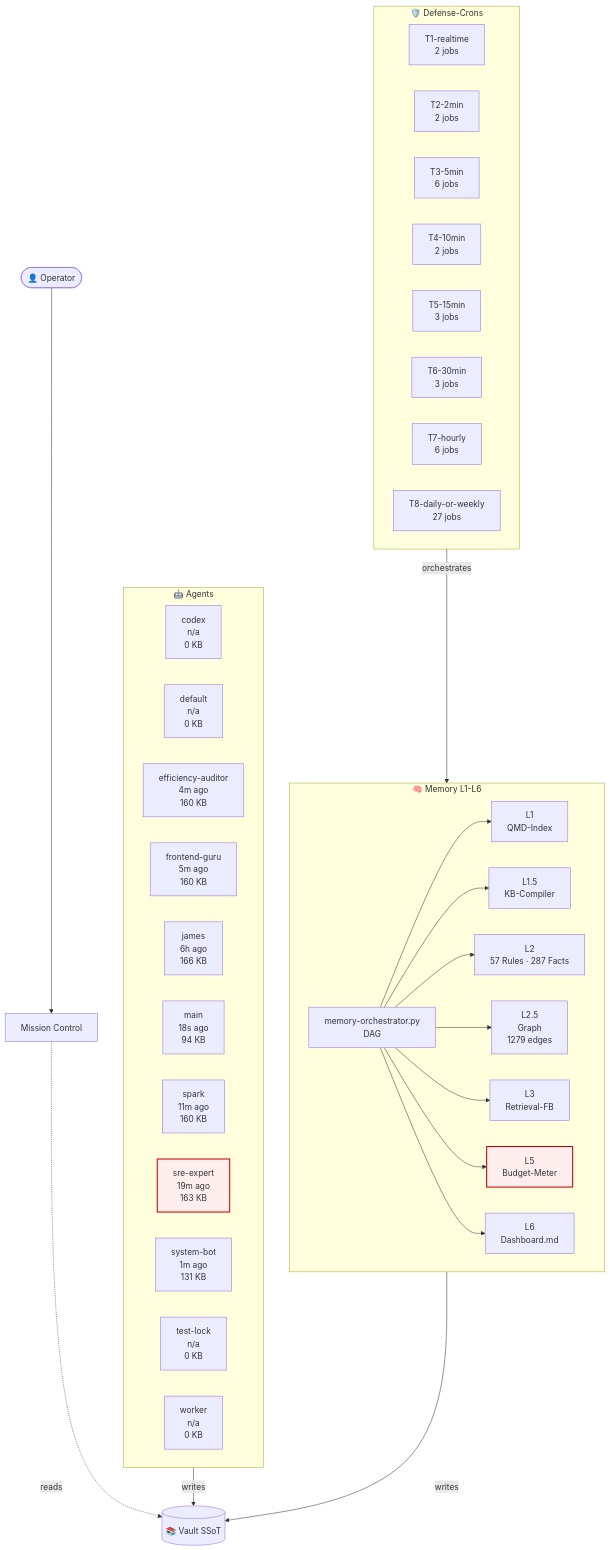
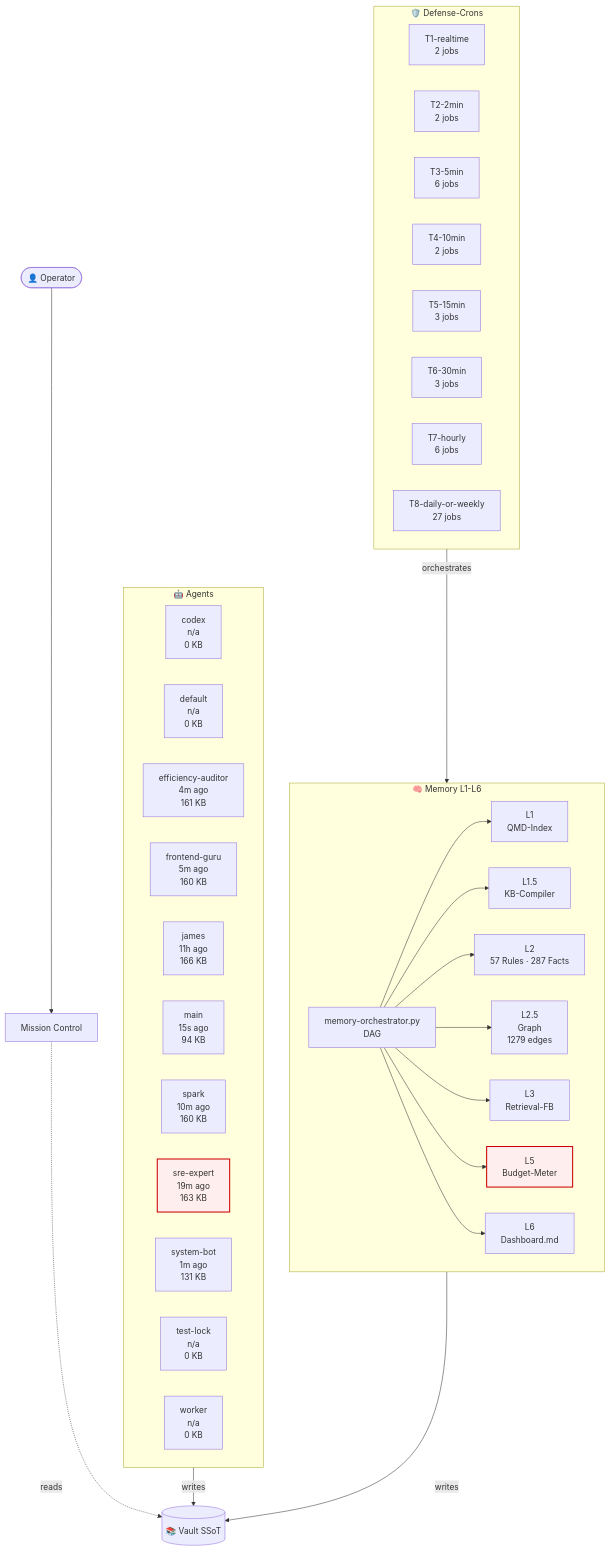
One commit to lenardhuebner88-rgb/openclaw-memory changed the diagram in 03-Agents/architecture-live.md. Above: the diagram before and after it, drawn with Mermaid. The commit also changed other lines of this file and 390 other files, not shown here.

````diff
--- a/03-Agents/architecture-live.md
+++ b/03-Agents/architecture-live.md
@@ -18,54 +18,54 @@
 ```mermaid
 flowchart TB
     classDef critical fill:#fee,stroke:#c00,stroke-width:2px;
     subgraph AGT["🤖 Agents"]
         agent_codex["codex<br/>n/a<br/>0 KB"]
         agent_default["default<br/>n/a<br/>0 KB"]
-        agent_efficiency_auditor["efficiency-auditor<br/>4m ago<br/>160 KB"]
+        agent_efficiency_auditor["efficiency-auditor<br/>4m ago<br/>161 KB"]
         agent_frontend_guru["frontend-guru<br/>5m ago<br/>160 KB"]
-        agent_james["james<br/>6h ago<br/>166 KB"]
-        agent_main["main<br/>18s ago<br/>94 KB"]
-        agent_spark["spark<br/>11m ago<br/>160 KB"]
+        agent_james["james<br/>11h ago<br/>166 KB"]
+        agent_main["main<br/>15s ago<br/>94 KB"]
+        agent_spark["spark<br/>10m ago<br/>160 KB"]
         agent_sre_expert["sre-expert<br/>19m ago<br/>163 KB"]
         agent_system_bot["system-bot<br/>1m ago<br/>131 KB"]
         agent_test_lock["test-lock<br/>n/a<br/>0 KB"]
         agent_worker["worker<br/>n/a<br/>0 KB"]
     end
     subgraph MEM["🧠 Memory L1-L6"]
         L1["L1<br/>QMD-Index"]
         L15["L1.5<br/>KB-Compiler"]
         L2["L2<br/>57 Rules · 287 Facts"]
         L25["L2.5<br/>Graph<br/>1279 edges"]
         L3["L3<br/>Retrieval-FB"]
         L5["L5<br/>Budget-Meter"]
         L6["L6<br/>Dashboard.md"]
         ORCH["memory-orchestrator.py<br/>DAG"]
     end
     subgraph CRN["🛡️ Defense-Crons"]
         tier_T1_realtime["T1-realtime<br/>2 jobs"]
         tier_T2_2min["T2-2min<br/>2 jobs"]
         tier_T3_5min["T3-5min<br/>6 jobs"]
         tier_T4_10min["T4-10min<br/>2 jobs"]
         tier_T5_15min["T5-15min<br/>3 jobs"]
         tier_T6_30min["T6-30min<br/>3 jobs"]
         tier_T7_hourly["T7-hourly<br/>6 jobs"]
         tier_T8_daily_or_weekly["T8-daily-or-weekly<br/>27 jobs"]
     end
     VAULT[("📚 Vault SSoT")]
     OP([👤 Operator])
     MC["Mission Control"]
     OP --> MC
     MC -.reads.-> VAULT
     AGT -->|writes| VAULT
     MEM -->|writes| VAULT
     ORCH --> L1
     ORCH --> L15
     ORCH --> L2
     ORCH --> L25
     ORCH --> L3
     ORCH --> L5
     ORCH --> L6
     CRN -->|orchestrates| MEM
     class L5 critical
     class agent_sre_expert critical
 ```
````
